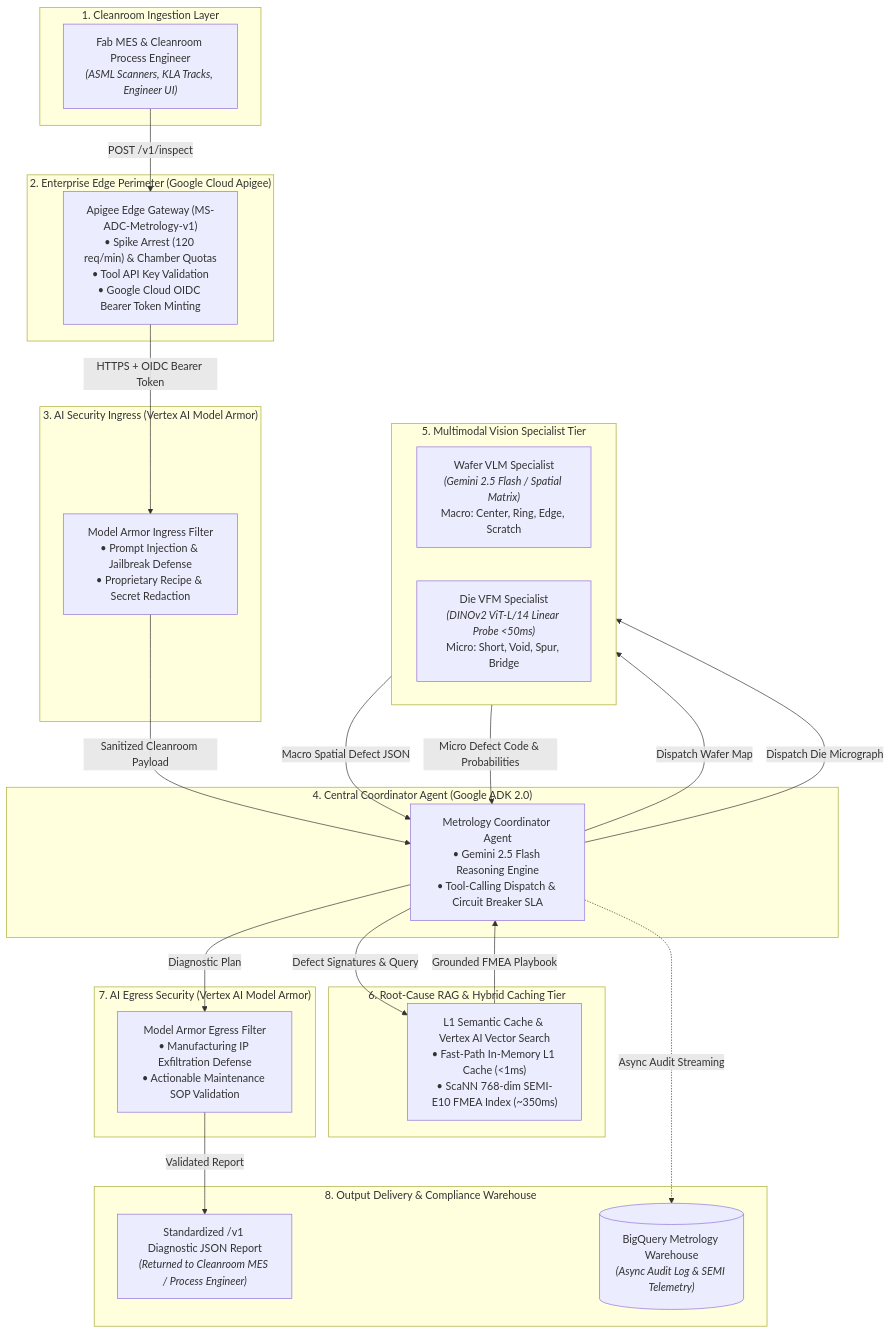
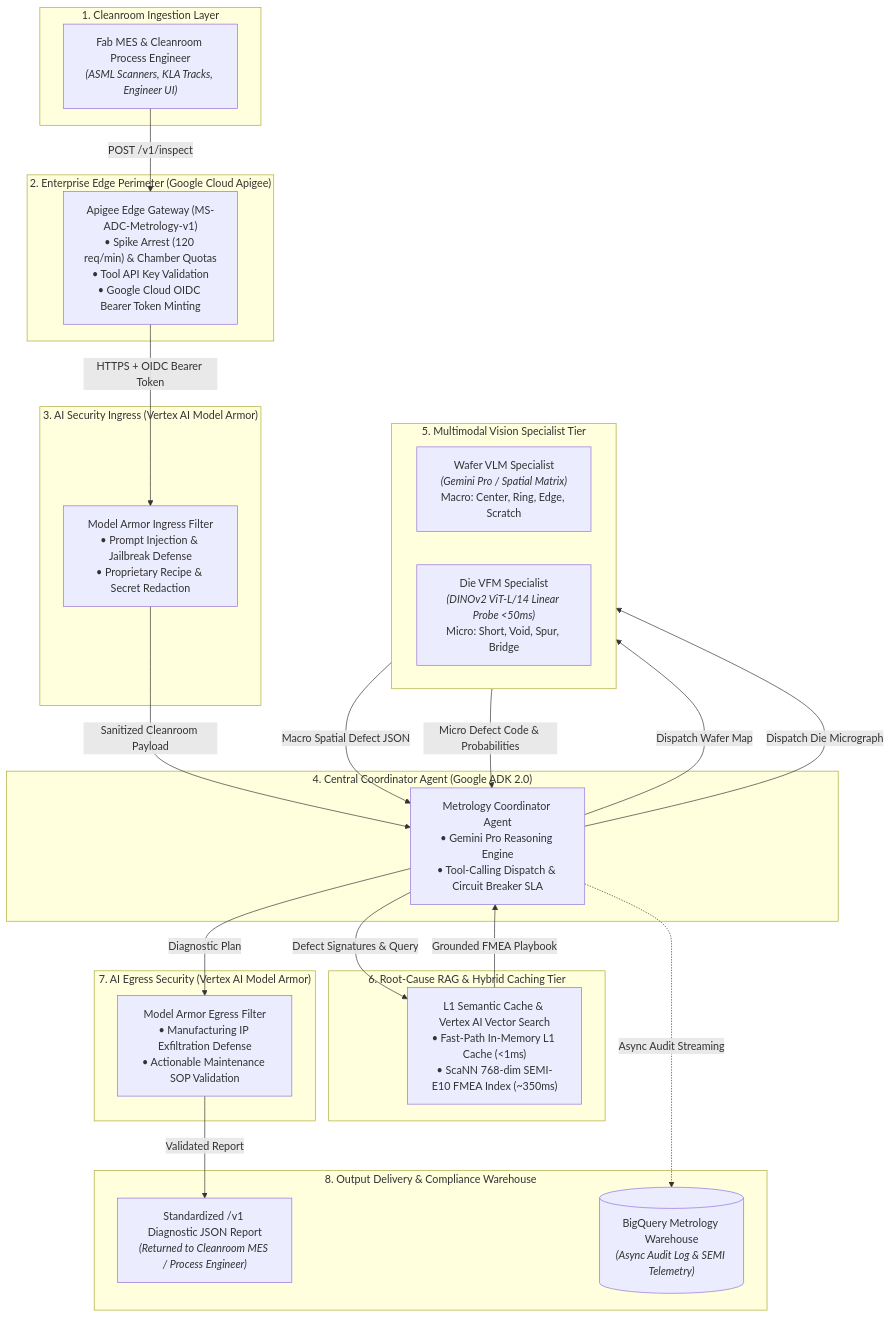
One commit to Ignotus-21/ms-adc changed the first of 2 diagrams in docs/architecture/system_design.md. Above: the diagram before and after it, drawn with Mermaid.

Commit message:
docs(architecture): standardize model references to Gemini Pro in system_design.md

````diff
--- a/docs/architecture/system_design.md
+++ b/docs/architecture/system_design.md
@@ -14,59 +14,59 @@
 ```mermaid
 graph TD
     %% 1. Ingestion Layer
     subgraph S1 ["1. Cleanroom Ingestion Layer"]
         Client["Fab MES & Cleanroom Process Engineer<br/><i>(ASML Scanners, KLA Tracks, Engineer UI)</i>"]
     end
 
     %% 2. Edge Gateway Layer
     subgraph S2 ["2. Enterprise Edge Perimeter (Google Cloud Apigee)"]
         Apigee["Apigee Edge Gateway (MS-ADC-Metrology-v1)<br/>• Spike Arrest (120 req/min) & Chamber Quotas<br/>• Tool API Key Validation<br/>• Google Cloud OIDC Bearer Token Minting"]
     end
 
     %% 3. Ingress Security Layer
     subgraph S3 ["3. AI Security Ingress (Vertex AI Model Armor)"]
         ModelArmorIn["Model Armor Ingress Filter<br/>• Prompt Injection & Jailbreak Defense<br/>• Proprietary Recipe & Secret Redaction"]
     end
 
     %% 4. Agent Orchestration Layer
     subgraph S4 ["4. Central Coordinator Agent (Google ADK 2.0)"]
-        ADK["Metrology Coordinator Agent<br/>• Gemini 2.5 Flash Reasoning Engine<br/>• Tool-Calling Dispatch & Circuit Breaker SLA"]
+        ADK["Metrology Coordinator Agent<br/>• Gemini Pro Reasoning Engine<br/>• Tool-Calling Dispatch & Circuit Breaker SLA"]
     end
 
     %% 5. Multimodal Vision Layer
     subgraph S5 ["5. Multimodal Vision Specialist Tier"]
         direction LR
-        WaferVLM["Wafer VLM Specialist<br/><i>(Gemini 2.5 Flash / Spatial Matrix)</i><br/>Macro: Center, Ring, Edge, Scratch"]
+        WaferVLM["Wafer VLM Specialist<br/><i>(Gemini Pro / Spatial Matrix)</i><br/>Macro: Center, Ring, Edge, Scratch"]
         DieVFM["Die VFM Specialist<br/><i>(DINOv2 ViT-L/14 Linear Probe &lt;50ms)</i><br/>Micro: Short, Void, Spur, Bridge"]
     end
 
     %% 6. Knowledge & RAG Layer
     subgraph S6 ["6. Root-Cause RAG & Hybrid Caching Tier"]
         RAG["L1 Semantic Cache & Vertex AI Vector Search<br/>• Fast-Path In-Memory L1 Cache (&lt;1ms)<br/>• ScaNN 768-dim SEMI-E10 FMEA Index (~350ms)"]
     end
 
     %% 7. Egress Guardrail Layer
     subgraph S7 ["7. AI Egress Security (Vertex AI Model Armor)"]
         ModelArmorOut["Model Armor Egress Filter<br/>• Manufacturing IP Exfiltration Defense<br/>• Actionable Maintenance SOP Validation"]
     end
 
     %% 8. Presentation & Analytics Layer
     subgraph S8 ["8. Output Delivery & Compliance Warehouse"]
         Output["Standardized /v1 Diagnostic JSON Report<br/><i>(Returned to Cleanroom MES / Process Engineer)</i>"]
         BQ[("BigQuery Metrology Warehouse<br/><i>(Async Audit Log & SEMI Telemetry)</i>")]
     end
 
     %% Straight-Down Linear Pipeline Flow
     Client -->|POST /v1/inspect| Apigee
     Apigee -->|HTTPS + OIDC Bearer Token| ModelArmorIn
     ModelArmorIn -->|Sanitized Cleanroom Payload| ADK
     ADK -->|Dispatch Wafer Map| WaferVLM
     ADK -->|Dispatch Die Micrograph| DieVFM
     WaferVLM -->|Macro Spatial Defect JSON| ADK
     DieVFM -->|Micro Defect Code & Probabilities| ADK
     ADK -->|Defect Signatures & Query| RAG
     RAG -->|Grounded FMEA Playbook| ADK
     ADK -->|Diagnostic Plan| ModelArmorOut
     ModelArmorOut -->|Validated Report| Output
     ADK -.->|Async Audit Streaming| BQ
 ```
````
